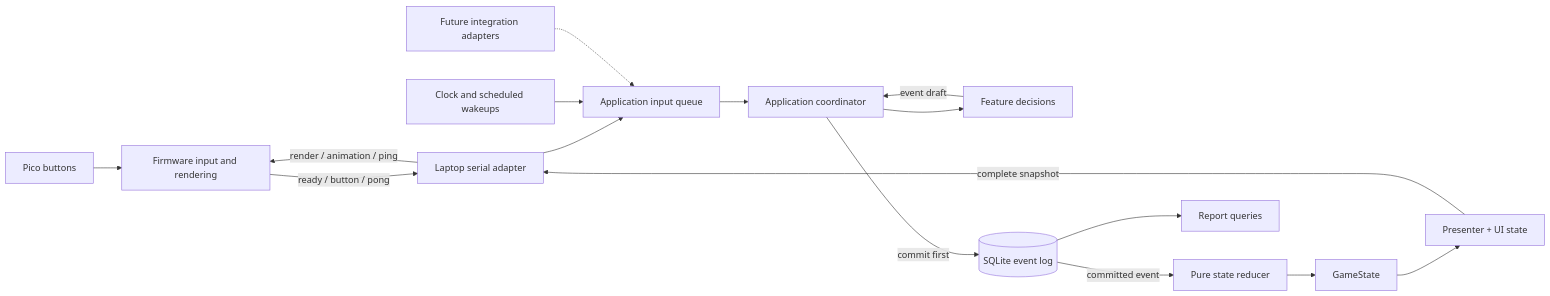
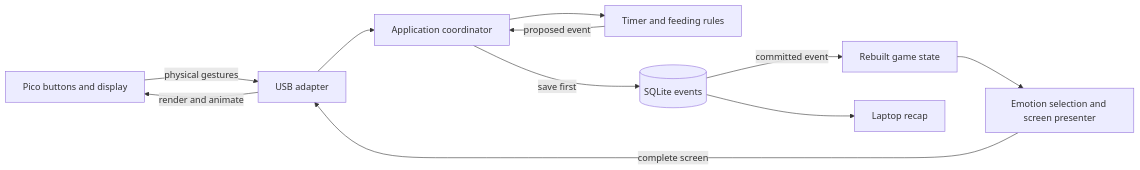
Before and after one commit to Ju5t1nL3/Hus-Kitchen: the diagram in docs/system_design.md, drawn with Mermaid. The commit also changed other lines of this file and 11 other files, not shown here.

````diff
--- a/docs/system_design.md
+++ b/docs/system_design.md
@@ -12,18 +9,13 @@
 ```mermaid
 flowchart LR
-    Buttons[Pico buttons] --> Firmware[Firmware input and rendering]
-    Firmware -->|ready / button / pong| Serial[Laptop serial adapter]
-    Serial --> Queue[Application input queue]
-    Clock[Clock and scheduled wakeups] --> Queue
-    Future[Future integration adapters] -.-> Queue
-    Queue --> App[Application coordinator]
-    App --> Rules[Feature decisions]
-    Rules -->|event draft| App
-    App -->|commit first| Store[(SQLite event log)]
-    Store -->|committed event| Reducer[Pure state reducer]
-    Reducer --> State[GameState]
-    State --> Presenter[Presenter + UI state]
-    Presenter -->|complete snapshot| Serial
-    Serial -->|render / animation / ping| Firmware
-    Store --> Reports[Report queries]
+    Pico[Pico buttons and display] -->|physical gestures| USB[USB adapter]
+    USB --> App[Application coordinator]
+    App --> Rules[Timer and feeding rules]
+    Rules -->|proposed event| App
+    App -->|save first| DB[(SQLite events)]
+    DB -->|committed event| State[Rebuilt game state]
+    State --> View[Emotion selection and screen presenter]
+    View -->|complete screen| USB
+    USB -->|render and animate| Pico
+    DB --> Reports[Laptop recap]
 ```
````
